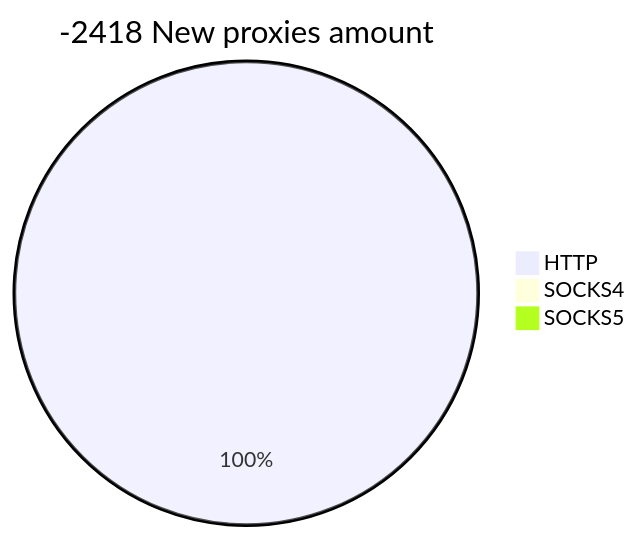
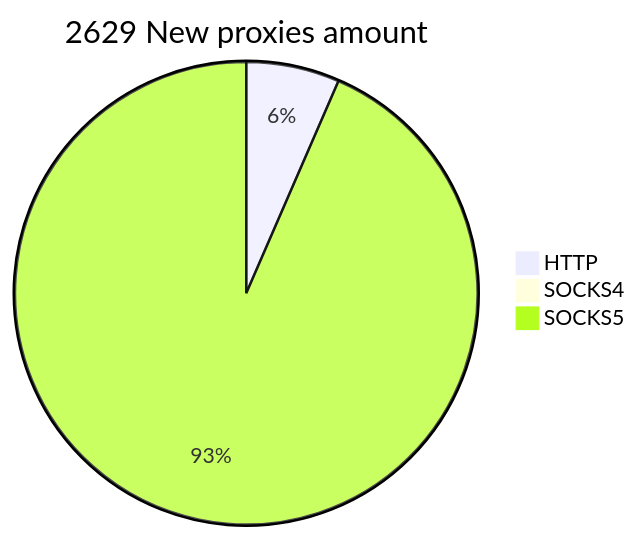
The second of 2 diagrams in README.md (cutipu/proxylist), drawn with Mermaid before and after one commit. The commit also changed other lines of this file, not shown here.

````diff
--- a/README.md
+++ b/README.md
@@ -10,6 +10,6 @@
 ```mermaid
-pie title -2418 New proxies amount
-    "HTTP" : 1
-    "SOCKS4" : 0
-    "SOCKS5" : 0
+pie title 2629 New proxies amount
+    "HTTP" : 170
+    "SOCKS4" : 23
+    "SOCKS5" : 2436
 ```
````
